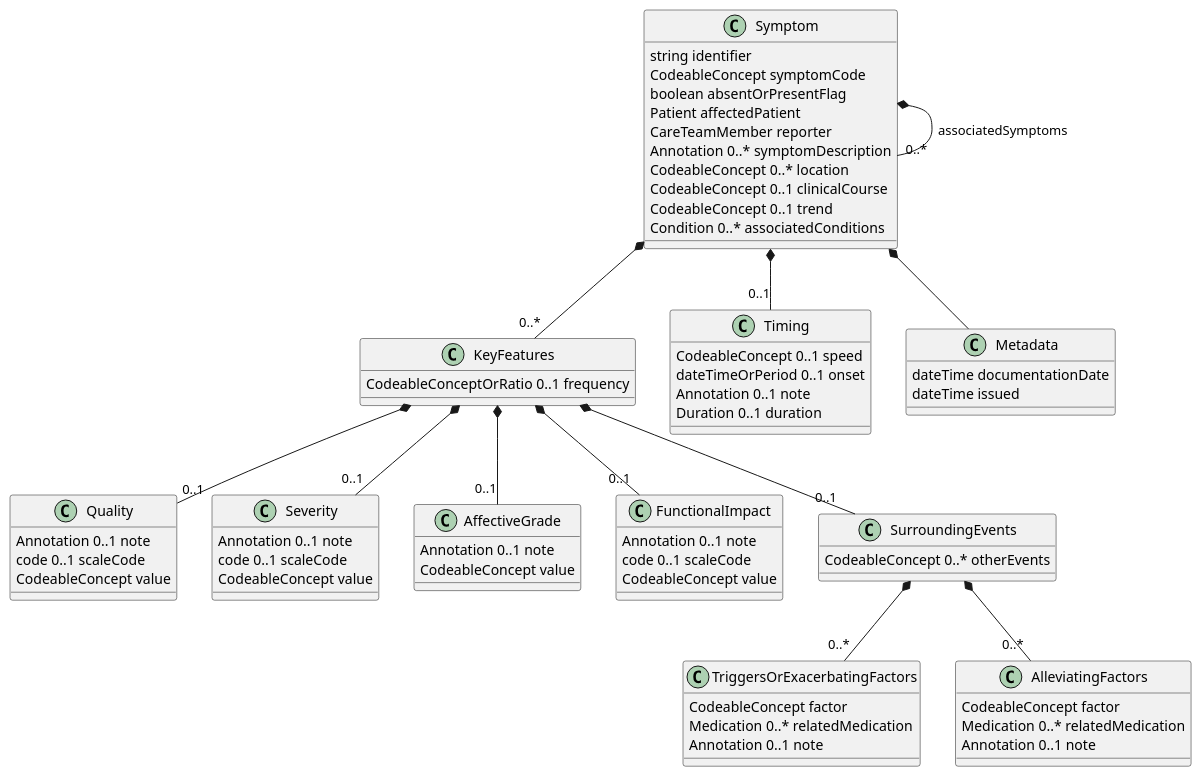
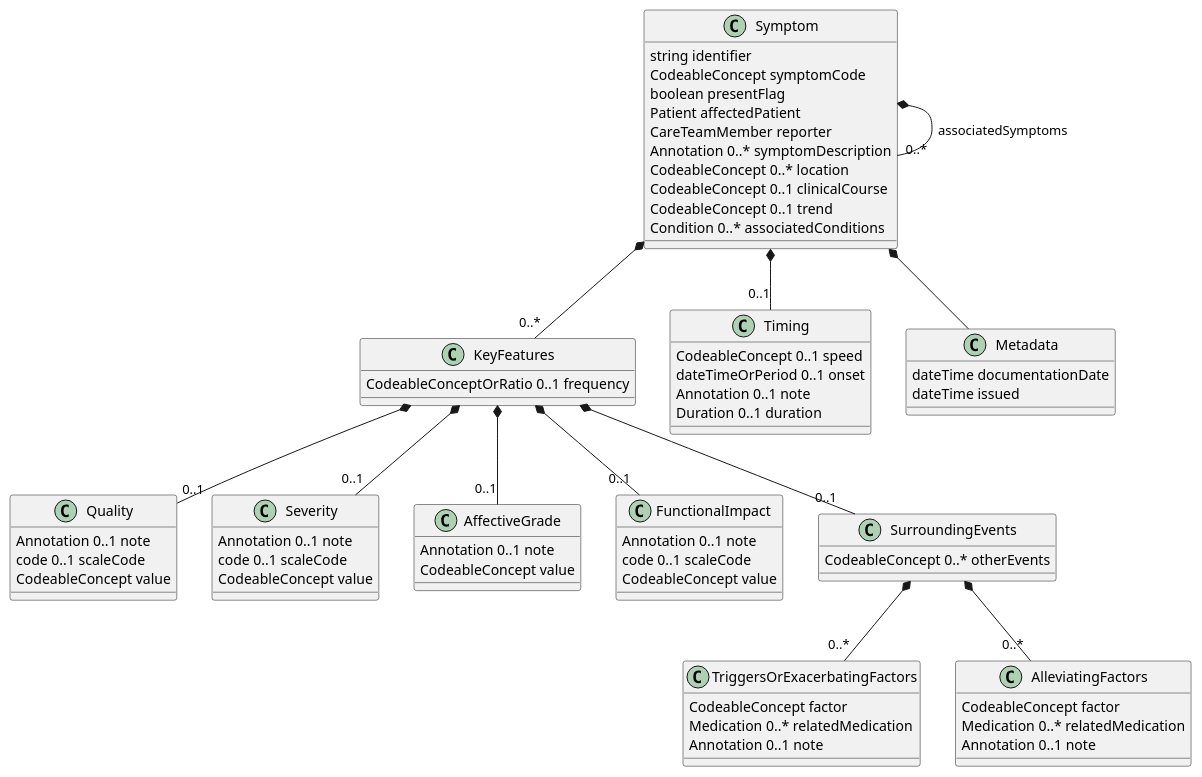
Before and after one commit to HL7/fhir-symptoms-ig: the diagram in input/images-source/SymptomLogicalModel.plantuml, drawn with PlantUML. The commit also changed 1 other file, not shown here.

```diff
--- a/input/images-source/SymptomLogicalModel.plantuml
+++ b/input/images-source/SymptomLogicalModel.plantuml
@@ -1,73 +1,73 @@
 @startuml
 class Symptom {
   string identifier
   CodeableConcept symptomCode
-  boolean absentOrPresentFlag
+  boolean presentFlag
   Patient affectedPatient
   CareTeamMember reporter
   Annotation 0..* symptomDescription
   CodeableConcept 0..* location
   CodeableConcept 0..1 clinicalCourse
   CodeableConcept 0..1 trend
   Condition 0..* associatedConditions
 }
 Symptom *-- "0..*" Symptom : associatedSymptoms
 Symptom *-- "0..*" KeyFeatures
 class KeyFeatures {
   CodeableConceptOrRatio 0..1 frequency
 }
 KeyFeatures *-- "0..1" Quality
 class Quality {
   Annotation 0..1 note
   code 0..1 scaleCode
   CodeableConcept value
 }
 KeyFeatures *-- "0..1" Severity
 class Severity {
   Annotation 0..1 note
   code 0..1 scaleCode
   CodeableConcept value
 }
 KeyFeatures *-- "0..1" AffectiveGrade
 class AffectiveGrade {
   Annotation 0..1 note
   CodeableConcept value
 }
 KeyFeatures *-- "0..1" FunctionalImpact
 class FunctionalImpact {
   Annotation 0..1 note
   code 0..1 scaleCode
   CodeableConcept value
 }
 KeyFeatures *-- "0..1" SurroundingEvents
 class SurroundingEvents {
   CodeableConcept 0..* otherEvents
 }
 SurroundingEvents *-- "0..*" TriggersOrExacerbatingFactors
 class TriggersOrExacerbatingFactors {
   CodeableConcept factor
   Medication 0..* relatedMedication
   Annotation 0..1 note
 }
 SurroundingEvents *-- "0..*" AlleviatingFactors
 class AlleviatingFactors {
   CodeableConcept factor
   Medication 0..* relatedMedication
   Annotation 0..1 note
 }
 
 Symptom *-- "0..1" Timing
 class Timing {
   CodeableConcept 0..1 speed
   dateTimeOrPeriod 0..1 onset
   Annotation 0..1 note
   Duration 0..1 duration
 }
 
 Symptom *-- Metadata
 class Metadata {
 dateTime documentationDate
 dateTime issued
 }
 
 @enduml
```
